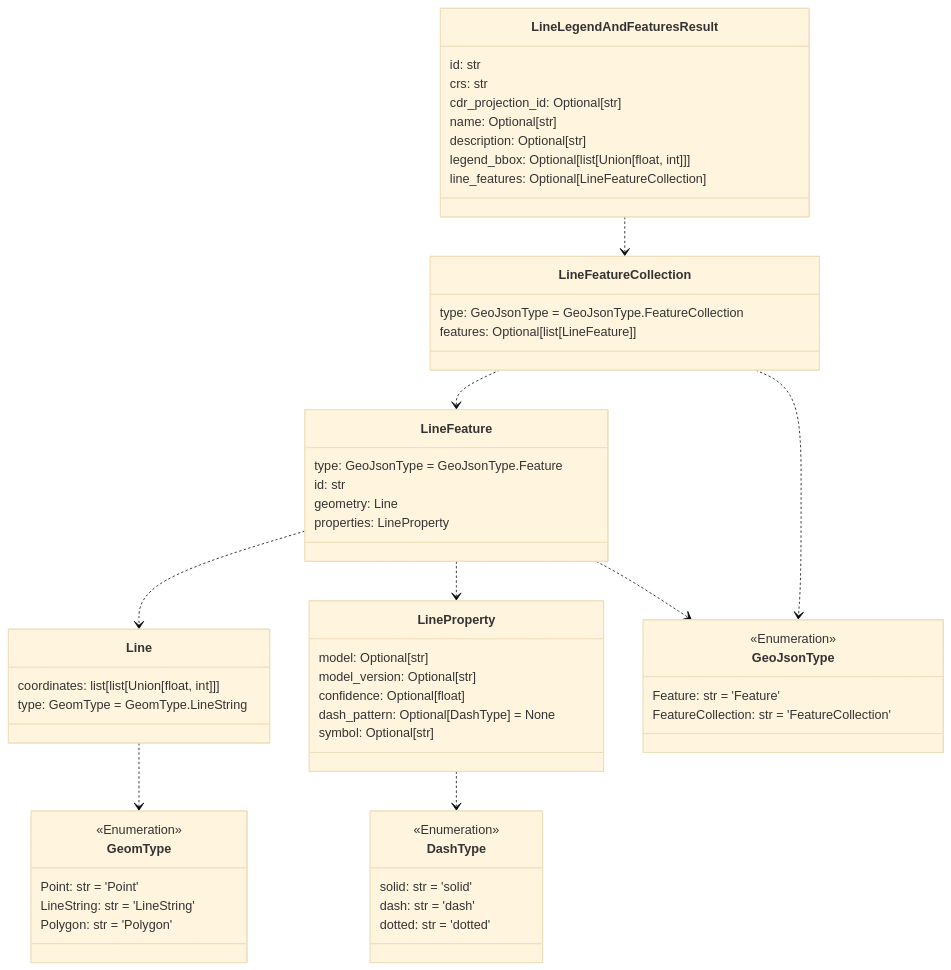
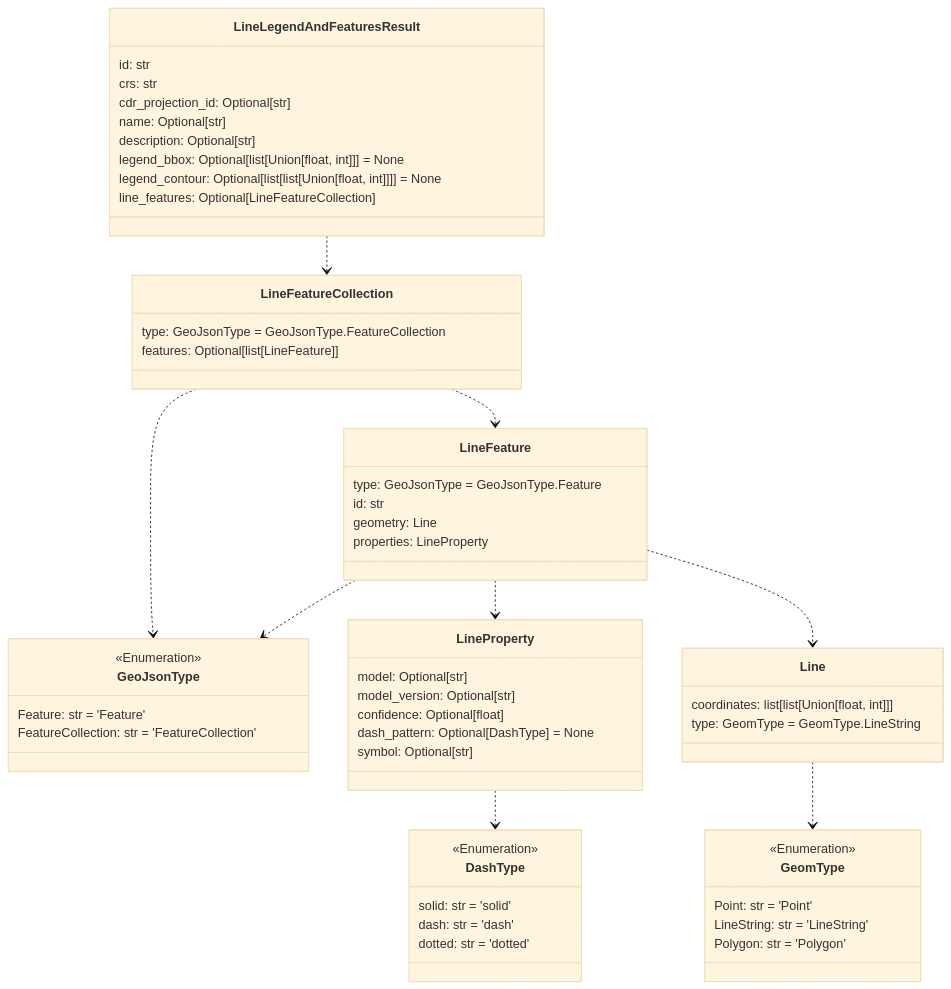
One commit to DARPA-CRITICALMAAS/cdr_schemas changed the sixth of 12 diagrams in README.md. Above: the diagram before and after it, drawn with Mermaid (base theme). The commit also changed other lines of this file and 3 other files, not shown here.

Commit message:
Updated descriptions of coordinates for polygon, line and point features

````diff
--- a/README.md
+++ b/README.md
@@ -413,69 +416,70 @@
 ```mermaid
 classDiagram
 
-    class Line {
-        coordinates: list[list[Union[float, int]]]
-        type: GeomType = GeomType.LineString
-    }
-
-    class DashType {
+    class GeoJsonType {
         <<Enumeration>>
-        solid: str = 'solid'
-        dash: str = 'dash'
-        dotted: str = 'dotted'
-    }
-
-    class LineFeature {
-        type: GeoJsonType = GeoJsonType.Feature
-        id: str
-        geometry: Line
-        properties: LineProperty
+        Feature: str = 'Feature'
+        FeatureCollection: str = 'FeatureCollection'
     }
 
     class LineProperty {
         model: Optional[str]
         model_version: Optional[str]
         confidence: Optional[float]
         dash_pattern: Optional[DashType] = None
         symbol: Optional[str]
     }
 
     class GeomType {
         <<Enumeration>>
         Point: str = 'Point'
         LineString: str = 'LineString'
         Polygon: str = 'Polygon'
     }
 
     class LineFeatureCollection {
         type: GeoJsonType = GeoJsonType.FeatureCollection
         features: Optional[list[LineFeature]]
     }
 
     class LineLegendAndFeaturesResult {
         id: str
         crs: str
         cdr_projection_id: Optional[str]
         name: Optional[str]
         description: Optional[str]
-        legend_bbox: Optional[list[Union[float, int]]]
+        legend_bbox: Optional[list[Union[float, int]]] = None
+        legend_contour: Optional[list[list[Union[float, int]]]] = None
         line_features: Optional[LineFeatureCollection]
     }
 
-    class GeoJsonType {
+    class DashType {
         <<Enumeration>>
-        Feature: str = 'Feature'
-        FeatureCollection: str = 'FeatureCollection'
+        solid: str = 'solid'
+        dash: str = 'dash'
+        dotted: str = 'dotted'
+    }
+
+    class LineFeature {
+        type: GeoJsonType = GeoJsonType.Feature
+        id: str
+        geometry: Line
+        properties: LineProperty
+    }
+
+    class Line {
+        coordinates: list[list[Union[float, int]]]
+        type: GeomType = GeomType.LineString
     }
 
     Line ..> GeomType
     LineProperty ..> DashType
-    LineFeature ..> Line
     LineFeature ..> LineProperty
     LineFeature ..> GeoJsonType
+    LineFeature ..> Line
+    LineFeatureCollection ..> GeoJsonType
     LineFeatureCollection ..> LineFeature
-    LineFeatureCollection ..> GeoJsonType
     LineLegendAndFeaturesResult ..> LineFeatureCollection
 
 
 ```
````
